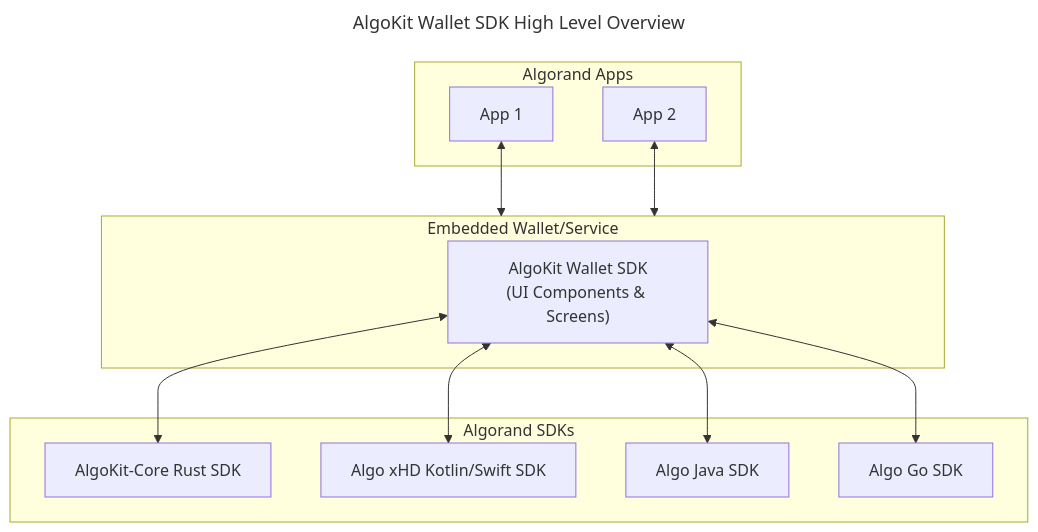
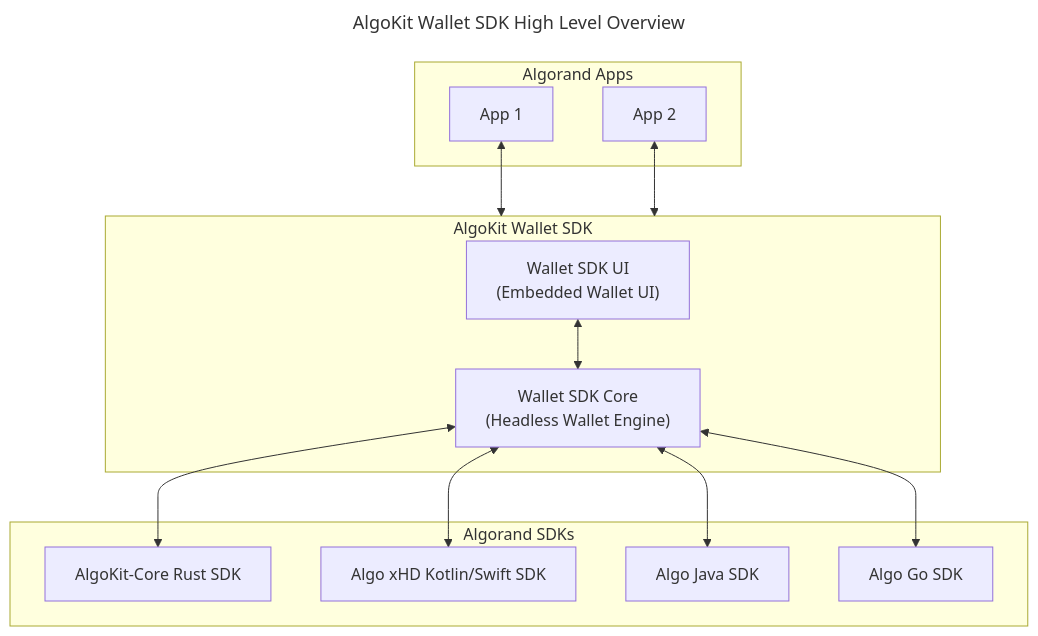
The first of 3 diagrams in README.md (michaeltchuang/algokit-walletsdk-kmp), drawn with Mermaid before and after one commit. The commit also changed other lines of this file and 876 other files, not shown here.

Commit message:
refactor: break wallet-sdk into two modules (#88)

````diff
--- a/README.md
+++ b/README.md
@@ -7,28 +7,30 @@
 ```mermaid
 ---
 title: AlgoKit Wallet SDK High Level Overview
 ---
 graph TD
     subgraph "Algorand Apps"
         App1["App 1"]
         App2["App 2"]
     end
 
-    subgraph wallet["Embedded Wallet/Service"]
-        SDK["AlgoKit Wallet SDK<br/>(UI Components & Screens)"]
+    subgraph wallet["AlgoKit Wallet SDK"]
+        SDK1["Wallet SDK UI<br/>(Embedded Wallet UI)"]
+        SDK2["Wallet SDK Core<br/>(Headless Wallet Engine)"]
     end
 
     subgraph "Algorand SDKs"
         Core["AlgoKit-Core Rust SDK"]
         xHD["Algo xHD Kotlin/Swift SDK"]
         JavaSDK["Algo Java SDK"]
         GoSDK["Algo Go SDK"]
     end
 
     App1 <--> wallet
     App2 <--> wallet
-    SDK <--> Core
-    SDK <--> xHD
-    SDK <--> JavaSDK
-    SDK <--> GoSDK
+    SDK1 <--> SDK2
+    SDK2 <--> Core
+    SDK2 <--> xHD
+    SDK2 <--> JavaSDK
+    SDK2 <--> GoSDK
 ```
````
